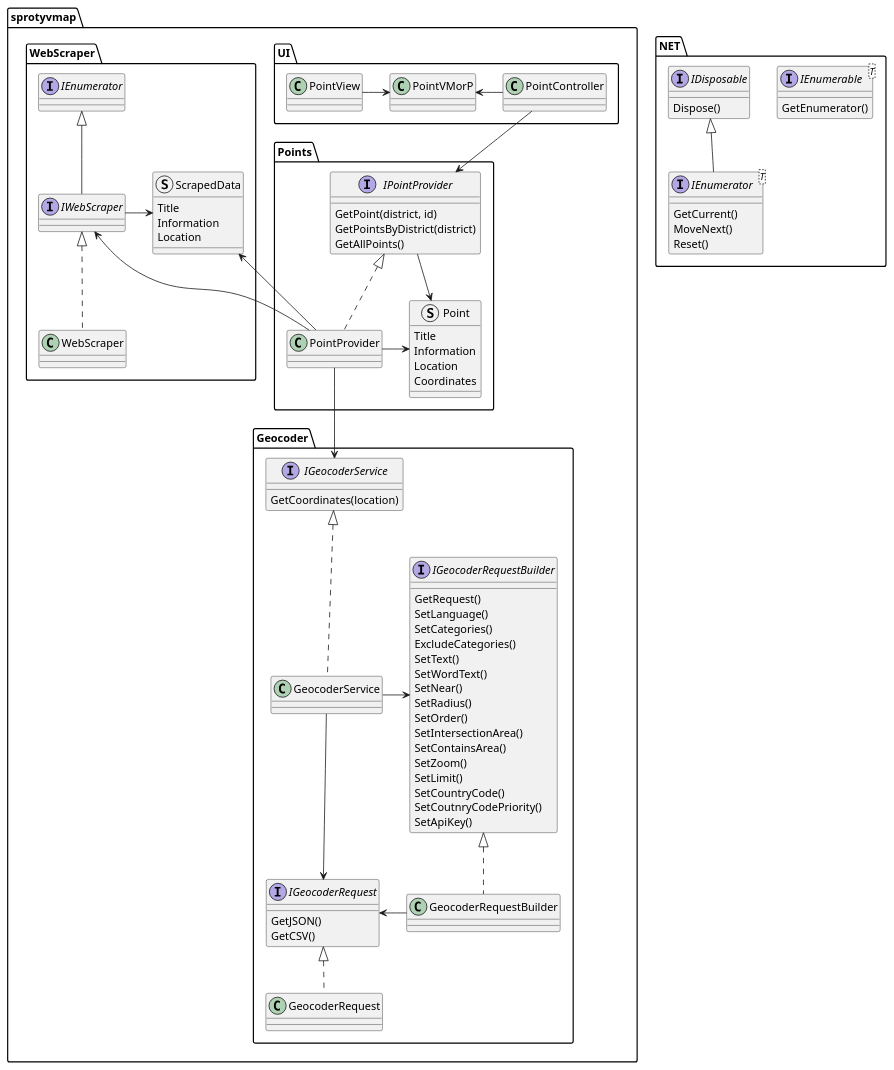
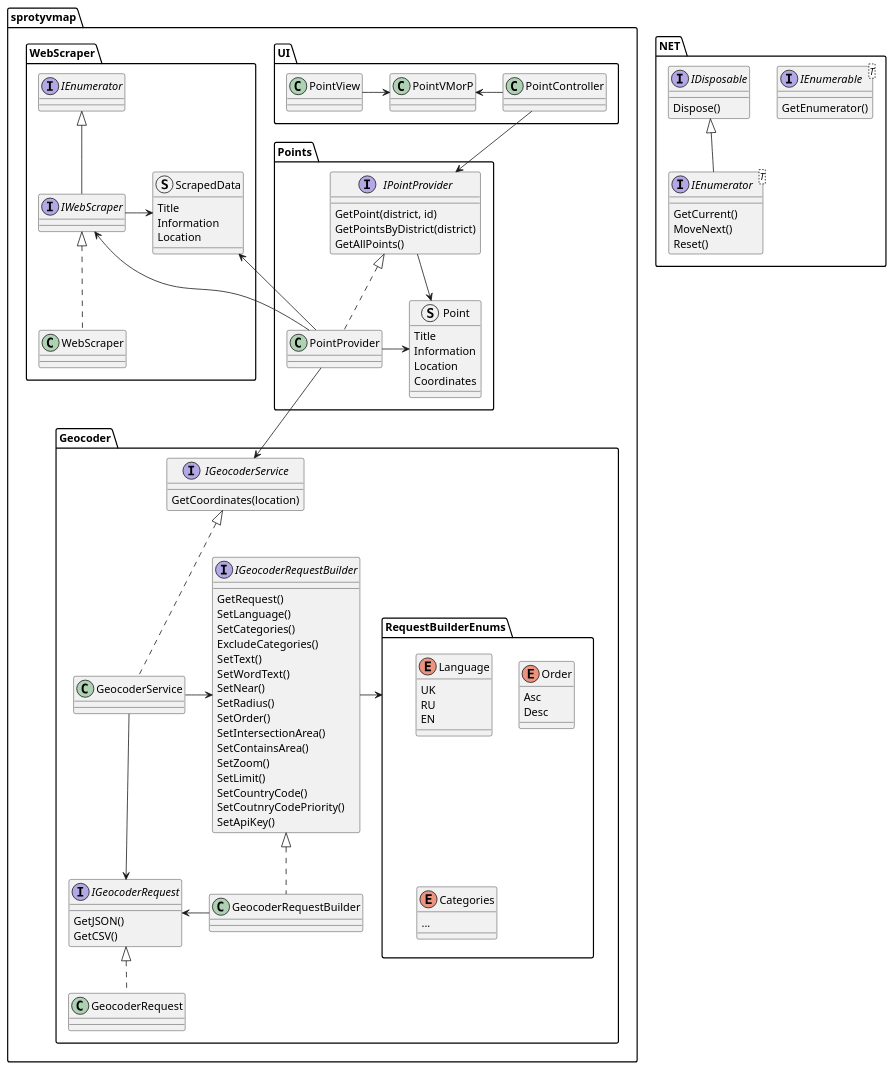
One commit to WhatTheTea/sprotyvmap changed the diagram in docs/sprotyvmap.puml. Above: the diagram before and after it, drawn with PlantUML.

Commit message:
Updated puml

```diff
--- a/docs/sprotyvmap.puml
+++ b/docs/sprotyvmap.puml
@@ -1,91 +1,108 @@
 @startuml sprotyvmap
 package sprotyvmap.Points
 {
     interface IPointProvider {
         GetPoint(district, id)
         GetPointsByDistrict(district)
         GetAllPoints()
     }
     struct Point {
         {field} Title
         Information
         Location
         Coordinates
     }
     IPointProvider -> Point
     class PointProvider implements IPointProvider
     PointProvider -> Point
 }
 package sprotyvmap.UI
 {
     PointController --> IPointProvider
     PointVMorP <- PointController
     PointView -> PointVMorP
 }
 package .NET
 {
     interface IEnumerable<T>
     {
         GetEnumerator()
     }
     interface IEnumerator<T> implements IDisposable
     {
         GetCurrent()
         MoveNext()
         Reset()
     }
     interface IDisposable {
         Dispose()
     }
 }
 package sprotyvmap.WebScraper
 {
     struct ScrapedData {
         {field}Title
         Information
         Location
     }
     ScrapedData <-- PointProvider
     IWebScraper <- PointProvider
     IWebScraper -> ScrapedData
     interface IWebScraper implements IEnumerator
     class WebScraper implements IWebScraper
 }
 
 package sprotyvmap.Geocoder
 {
-    interface IGeocoderService{
+    interface IGeocoderService {
         GetCoordinates(location)
     }
-    interface IGeocoderRequestBuilder{
+    interface IGeocoderRequestBuilder {
         GetRequest()
         SetLanguage()
         SetCategories()
         ExcludeCategories()
         SetText()
         SetWordText()
         SetNear()
         SetRadius()
         SetOrder()
         SetIntersectionArea()
         SetContainsArea()
         SetZoom()
         SetLimit()
         SetCountryCode()
         SetCoutnryCodePriority()
         SetApiKey()
     }
-    interface IGeocoderRequest
-    {
+    interface IGeocoderRequest {
         GetJSON()
         GetCSV()
     }
+    package RequestBuilderEnums {
+        enum Language
+        {
+            UK
+            RU
+            EN
+        }
+        enum Order
+        {
+            Asc
+            Desc
+        }
+        enum Categories
+        {
+            ...
+        }
+    }
+    RequestBuilderEnums <- IGeocoderRequestBuilder
     PointProvider -down-> IGeocoderService 
     class GeocoderService implements IGeocoderService 
     GeocoderService -> IGeocoderRequestBuilder
     GeocoderService -> IGeocoderRequest 
     class GeocoderRequestBuilder implements IGeocoderRequestBuilder
     GeocoderRequestBuilder -> IGeocoderRequest
     class GeocoderRequest implements IGeocoderRequest
 }
 @enduml
```
